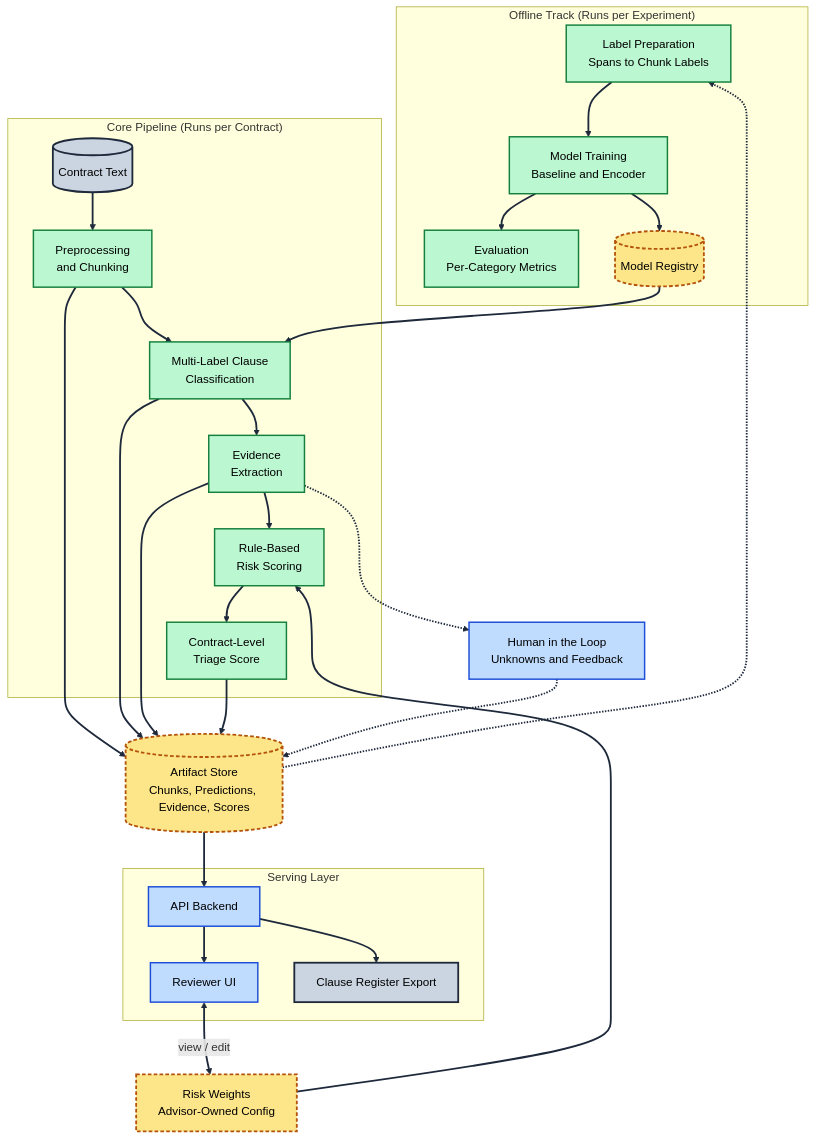
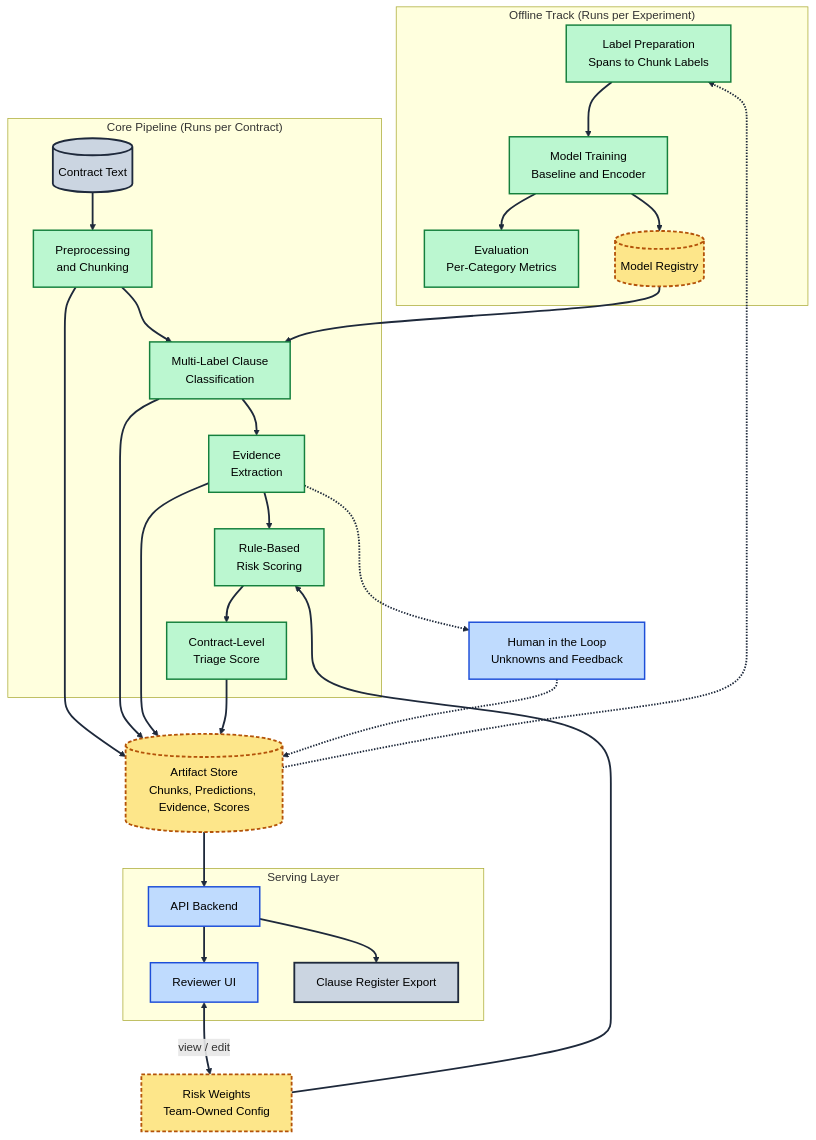
The diagram in ARCHITECTURE.md (Break-Through-Tech/Accenture-1R-contract-review-challenge), drawn with Mermaid before and after one commit. The commit also changed other lines of this file and 20 other files, not shown here.

First line of the commit message:
docs: describe risk weights and project decisions as team-owned

````diff
--- a/ARCHITECTURE.md
+++ b/ARCHITECTURE.md
@@ -28,44 +28,44 @@
 ```mermaid
 flowchart TB
   subgraph OFF["Offline Track (Runs per Experiment)"]
     O1["Label Preparation<br/>Spans to Chunk Labels"] --> O2["Model Training<br/>Baseline and Encoder"] --> O3["Evaluation<br/>Per-Category Metrics"]
     O2 --> O4[("Model Registry")]
   end
  
   subgraph PIPE["Core Pipeline (Runs per Contract)"]
     P1[("Contract Text")] --> P2["Preprocessing<br/>and Chunking"] --> P3["Multi-Label Clause<br/>Classification"] --> P4["Evidence<br/>Extraction"] --> P5["Rule-Based<br/>Risk Scoring"] --> P6["Contract-Level<br/>Triage Score"]
   end
  
   subgraph SERVE["Serving Layer"]
     S1["API Backend"] --> S2["Reviewer UI"]
     S1 --> S3["Clause Register Export"]
   end
  
   DB[("Artifact Store<br/>Chunks, Predictions, Evidence, Scores")]
-  W1["Risk Weights<br/>Advisor-Owned Config"]
+  W1["Risk Weights<br/>Team-Owned Config"]
   W2["Human in the Loop<br/>Unknowns and Feedback"]
  
   O4 --> P3
   P2 --> DB
   P3 --> DB
   P4 --> DB
   P6 --> DB
   DB --> S1
   W1 --> P5
   S2 <-->|"view / edit"| W1
   P4 -.-> W2
   W2 -.-> DB
   DB -.-> O1
  
   linkStyle default stroke:#1e293b,stroke-width:2.5px
  
   classDef locked fill:#bbf7d0,stroke:#15803d,stroke-width:2px,color:#000
   classDef yours fill:#bfdbfe,stroke:#1d4ed8,stroke-width:2px,color:#000
   classDef added fill:#fde68a,stroke:#b45309,stroke-width:2.5px,stroke-dasharray:5 3,color:#000
   classDef store fill:#cbd5e1,stroke:#1e293b,stroke-width:2.5px,color:#000
  
   class P2,P3,P4,P5,P6,O1,O2,O3 locked
   class S1,S2,W2 yours
   class DB,W1,O4 added
   class P1,S3 store
 ```
````
